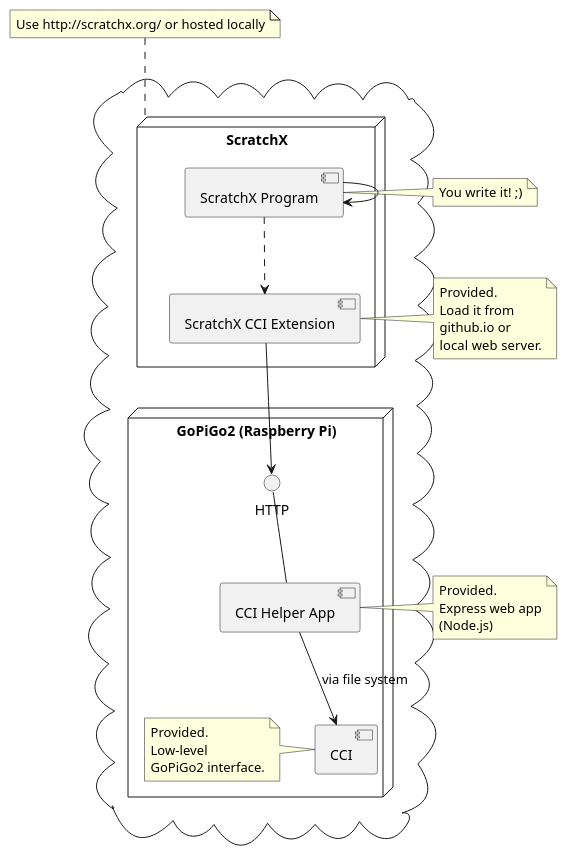
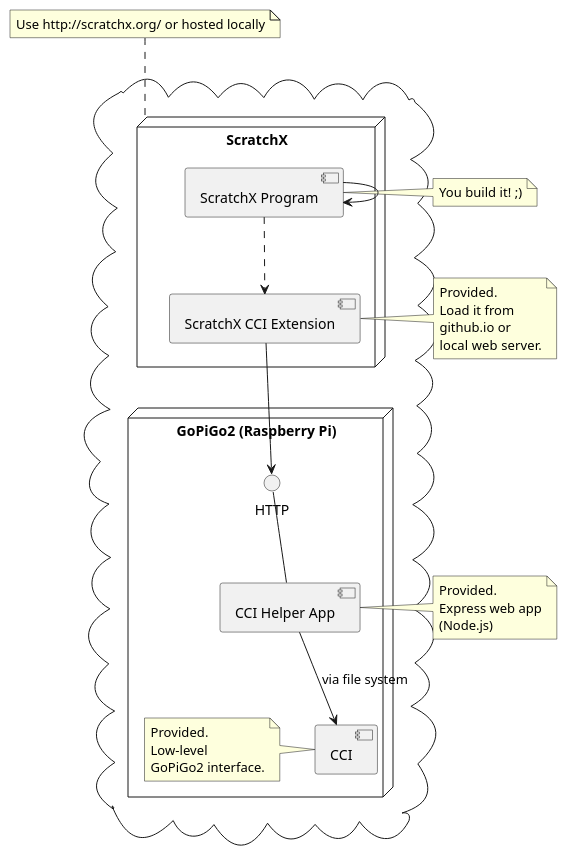
The diagram in cci-scratchx.puml (cci-scratchx/cci-scratchx.github.io), drawn with PlantUML before and after one commit. The commit also changed 6 other files, not shown here.

```diff
--- a/cci-scratchx.puml
+++ b/cci-scratchx.puml
@@ -1,47 +1,47 @@
 @startuml
 
 cloud {
     node "ScratchX" {
         [ScratchX CCI Extension]
 
         [ScratchX Program] -> [ScratchX Program]
         [ScratchX Program] ..> [ScratchX CCI Extension]
     }
 
     node "GoPiGo2 (Raspberry Pi)" {
         [CCI]
         HTTP -- [CCI Helper App]
         [CCI Helper App] --> [CCI] : via file system
 
         note left of [CCI]
             Provided.
             Low-level
             GoPiGo2 interface.
         end note
     }
 
     [ScratchX CCI Extension] --> HTTP
 }
 
 note left of [ScratchX Program]
-    You write it! ;)
+    You build it! ;)
 end note
 
 note left of [ScratchX CCI Extension]
     Provided.
     Load it from
     github.io or
     local web server.
 end note
 
 note top of ScratchX
  Use http://scratchx.org/ or hosted locally
 end note
 
 note left of [CCI Helper App]
     Provided.
     Express web app
     (Node.js)
 end note
 
 @enduml
```
